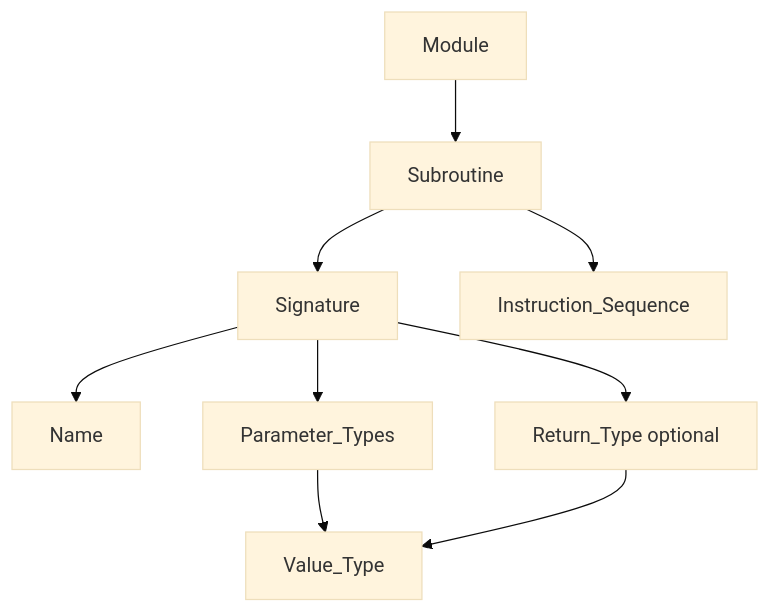
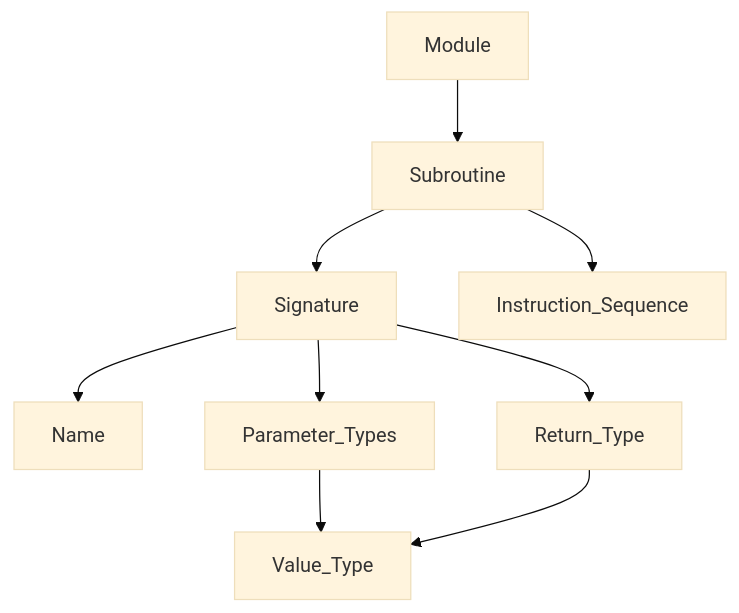
The second of 2 diagrams in .cursor/plans/7-lir-crate.plan.md (sanelli/lovelace), drawn with Mermaid (base theme) before and after one commit. The commit also changed other lines of this file and 6 other files, not shown here.

````diff
--- a/.cursor/plans/7-lir-crate.plan.md
+++ b/.cursor/plans/7-lir-crate.plan.md
@@ -74,15 +74,15 @@
 ```mermaid
 flowchart TD
   moduleNode[Module]
   subNode[Subroutine]
   sigNode[Signature]
   bodyNode[Instruction_Sequence]
   moduleNode --> subNode
   subNode --> sigNode
   subNode --> bodyNode
   sigNode --> nameNode[Name]
-  sigNode --> retNode["Return_Type optional"]
+  sigNode --> retNode[Return_Type]
   sigNode --> paramsNode[Parameter_Types]
   paramsNode --> valueType[Value_Type]
   retNode --> valueType
 ```
````
